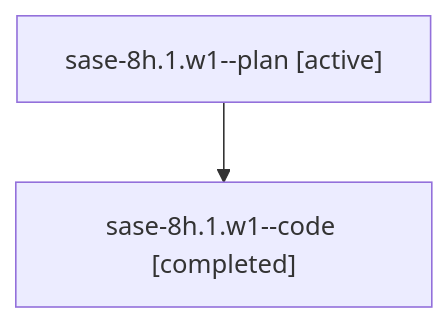
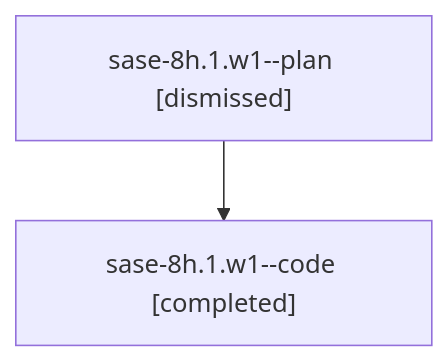
The diagram in sessions/bbugyi200.athena.sase-8h.1.w1.md (sase-org/sase--agents), drawn with Mermaid before and after one commit. The commit also changed other lines of this file and 100 other files, not shown here.

````diff
--- a/sessions/bbugyi200.athena.sase-8h.1.w1.md
+++ b/sessions/bbugyi200.athena.sase-8h.1.w1.md
@@ -9,6 +9,6 @@
 ```mermaid
 flowchart TD
-  n0["sase-8h.1.w1--plan [active]"]
+  n0["sase-8h.1.w1--plan [dismissed]"]
   n1["sase-8h.1.w1--code [completed]"]
   n0 --> n1
 ```
````
